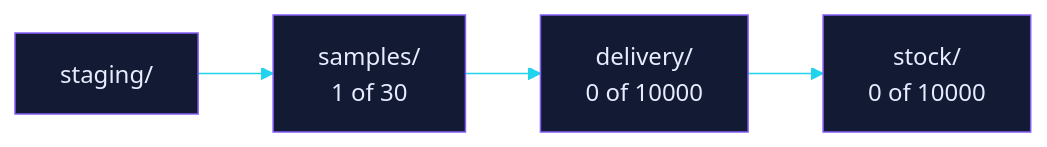
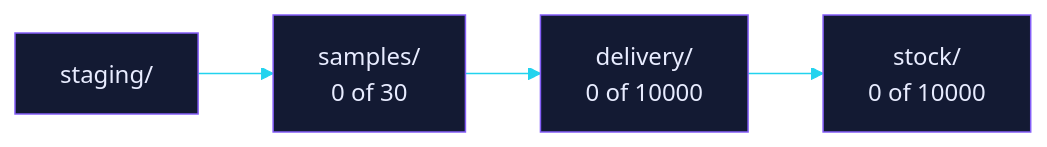
One commit to EtharaOrion/marcella-samples changed the diagram in README.md. Above: the diagram before and after it, drawn with Mermaid. The commit also changed other lines of this file, not shown here.

Commit message:
docs(readme): render the samples lane README

````diff
--- a/README.md
+++ b/README.md
@@ -70,8 +43,8 @@
 ```mermaid
 %%{init: {"theme":"base","themeVariables":{"primaryColor":"#131a33","primaryTextColor":"#e8ecff","primaryBorderColor":"#845EF7","lineColor":"#22d3ee","fontFamily":"monospace"}}}%%
 flowchart LR
     staging["staging/"]
-    staging --> samples["samples/<br/>1 of 30"]
+    staging --> samples["samples/<br/>0 of 30"]
     samples --> delivery["delivery/<br/>0 of 10000"]
     delivery --> stock["stock/<br/>0 of 10000"]
 ```
````
